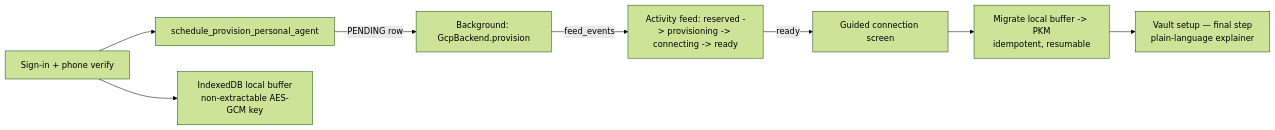
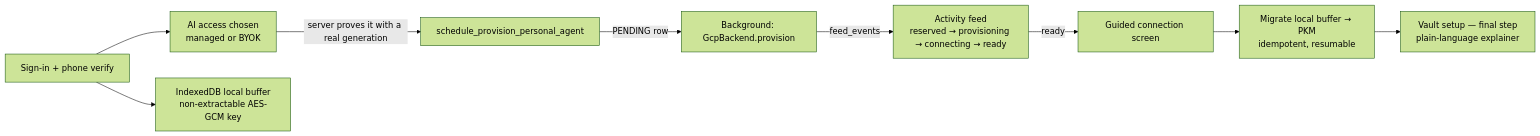
The diagram in docs/future/personal-agent/DEV-LIVE-EXECUTION-PLAN.md (hushh-labs/hushh-research), drawn with Mermaid (forest theme) before and after one commit. The commit also changed other lines of this file and 2 other files, not shown here.

````diff
--- a/docs/future/personal-agent/DEV-LIVE-EXECUTION-PLAN.md
+++ b/docs/future/personal-agent/DEV-LIVE-EXECUTION-PLAN.md
@@ -22,10 +22,11 @@
 ```mermaid
 flowchart LR
-  A[Sign-in + phone verify] --> B[schedule_provision_personal_agent]
-  B -->|PENDING row| C[Background: GcpBackend.provision]
-  C -->|feed_events| D[Activity feed: reserved -> provisioning -> connecting -> ready]
-  A --> E[IndexedDB local buffer<br/>non-extractable AES-GCM key]
-  D -->|ready| F[Guided connection screen]
-  F --> G[Migrate local buffer -> PKM<br/>idempotent, resumable]
-  G --> H[Vault setup — final step<br/>plain-language explainer]
+  A["Sign-in + phone verify"] --> AI["AI access chosen<br/>managed or BYOK"]
+  AI -->|"server proves it with a real generation"| B["schedule_provision_personal_agent"]
+  B -->|"PENDING row"| C["Background: GcpBackend.provision"]
+  C -->|"feed_events"| D["Activity feed<br/>reserved → provisioning → connecting → ready"]
+  A --> E["IndexedDB local buffer<br/>non-extractable AES-GCM key"]
+  D -->|"ready"| F["Guided connection screen"]
+  F --> G["Migrate local buffer → PKM<br/>idempotent, resumable"]
+  G --> H["Vault setup — final step<br/>plain-language explainer"]
 ```
````
